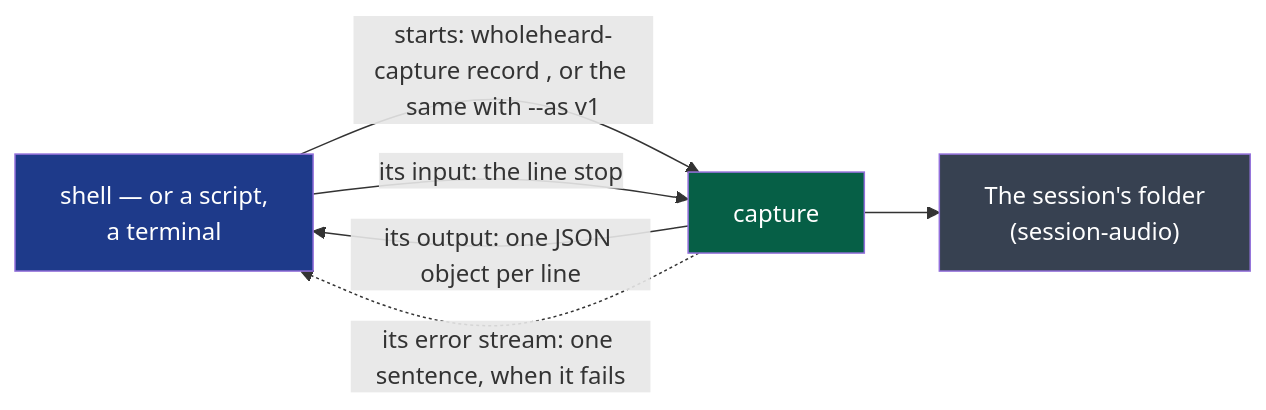
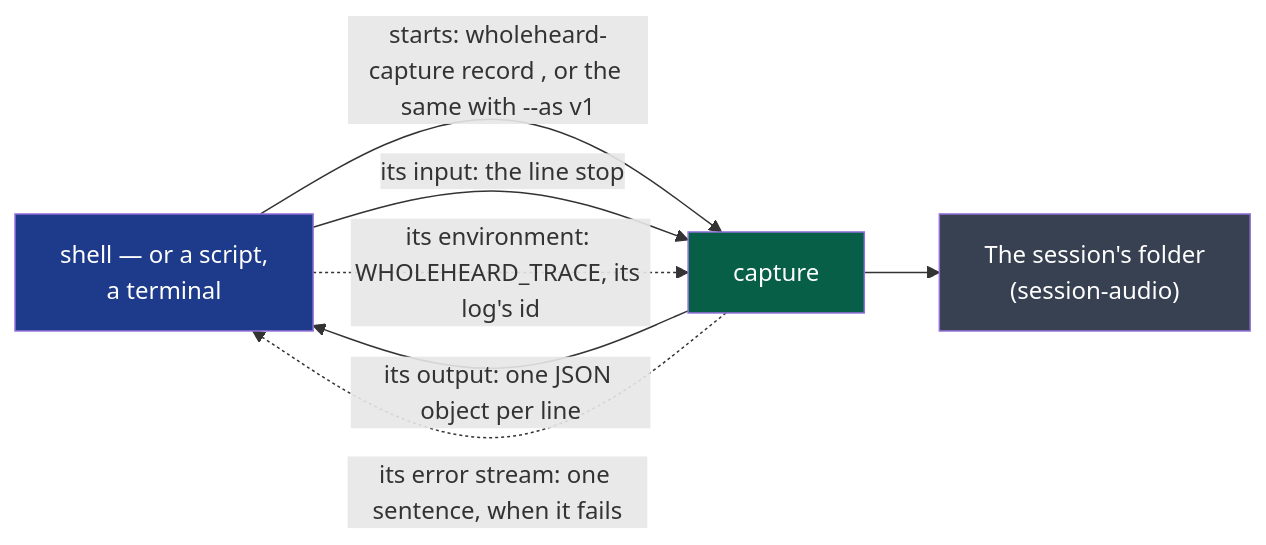
The diagram in contracts/recording/v1/README.md (NapkinStack/wholeheard), drawn with Mermaid before and after one commit. The commit also changed other lines of this file and 1 other file, not shown here.

First line of the commit message:
D29 — recording and summarising say the log a program is given

````diff
--- a/contracts/recording/v1/README.md
+++ b/contracts/recording/v1/README.md
@@ -6,12 +6,13 @@
 ```mermaid
 flowchart LR
     S["shell — or a script,<br/>a terminal"]:::consumer -->|"starts: wholeheard-capture record <sessions-folder>, or the same with --as v1"| C["capture"]:::producer
     C -->|"its output: one JSON object per line"| S
     S -->|"its input: the line stop"| C
+    S -.->|"its environment: WHOLEHEARD_TRACE, its log's id"| C
     C -.->|"its error stream: one sentence, when it fails"| S
     C --> F["The session's folder<br/>(session-audio)"]:::file
 
     classDef producer fill:#065f46,color:#fff
     classDef consumer fill:#1e3a8a,color:#fff
     classDef file fill:#374151,color:#fff
 ```
````
